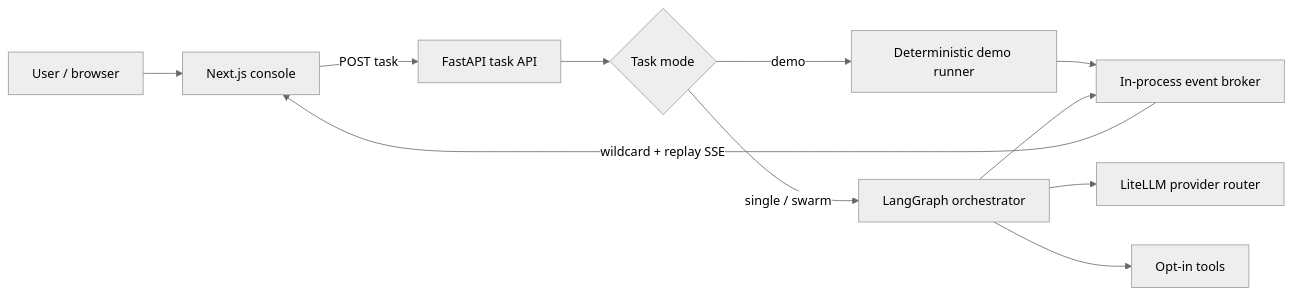
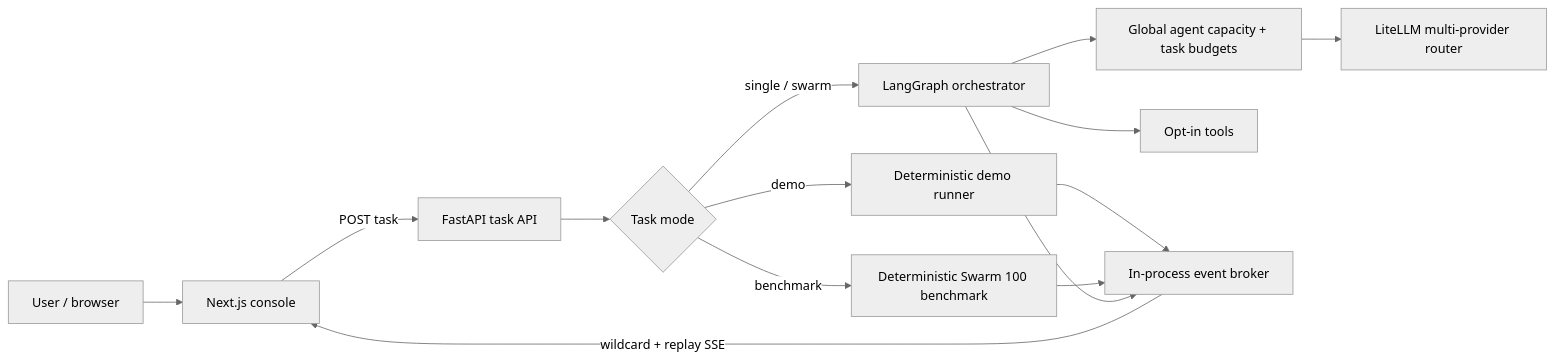
The diagram in README.md (Richerwang228/swarm-workbench), drawn with Mermaid (neutral theme) before and after one commit. The commit also changed other lines of this file and 58 other files, not shown here.

Commit message:
feat: add live multi-provider swarm runtime

````diff
--- a/README.md
+++ b/README.md
@@ -67,13 +83,16 @@
 ```mermaid
 flowchart LR
     U["User / browser"] --> W["Next.js console"]
     W -->|POST task| A["FastAPI task API"]
     A --> O{"Task mode"}
     O -->|demo| D["Deterministic demo runner"]
+    O -->|benchmark| B["Deterministic Swarm 100 benchmark"]
     O -->|single / swarm| G["LangGraph orchestrator"]
-    G --> L["LiteLLM provider router"]
+    G --> C["Global agent capacity + task budgets"]
+    C --> L["LiteLLM multi-provider router"]
     G --> T["Opt-in tools"]
     D --> E["In-process event broker"]
+    B --> E
     G --> E
     E -->|wildcard + replay SSE| W
 ```
````
